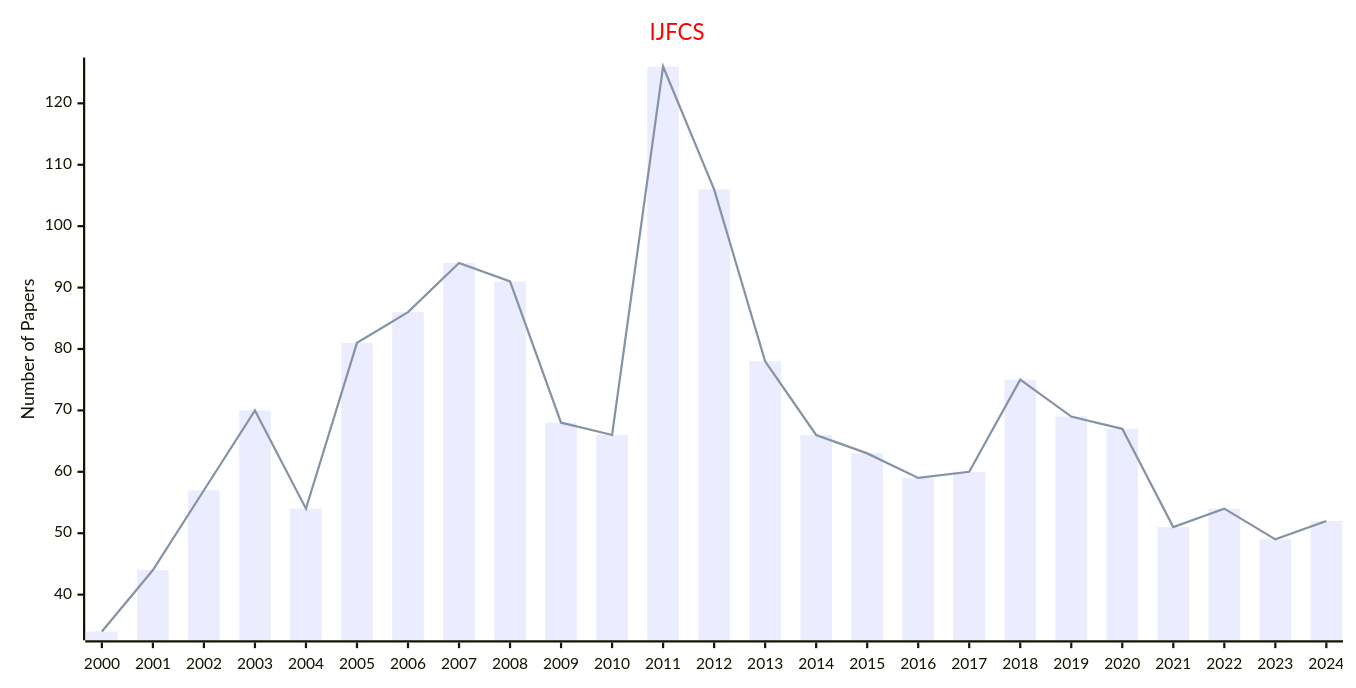
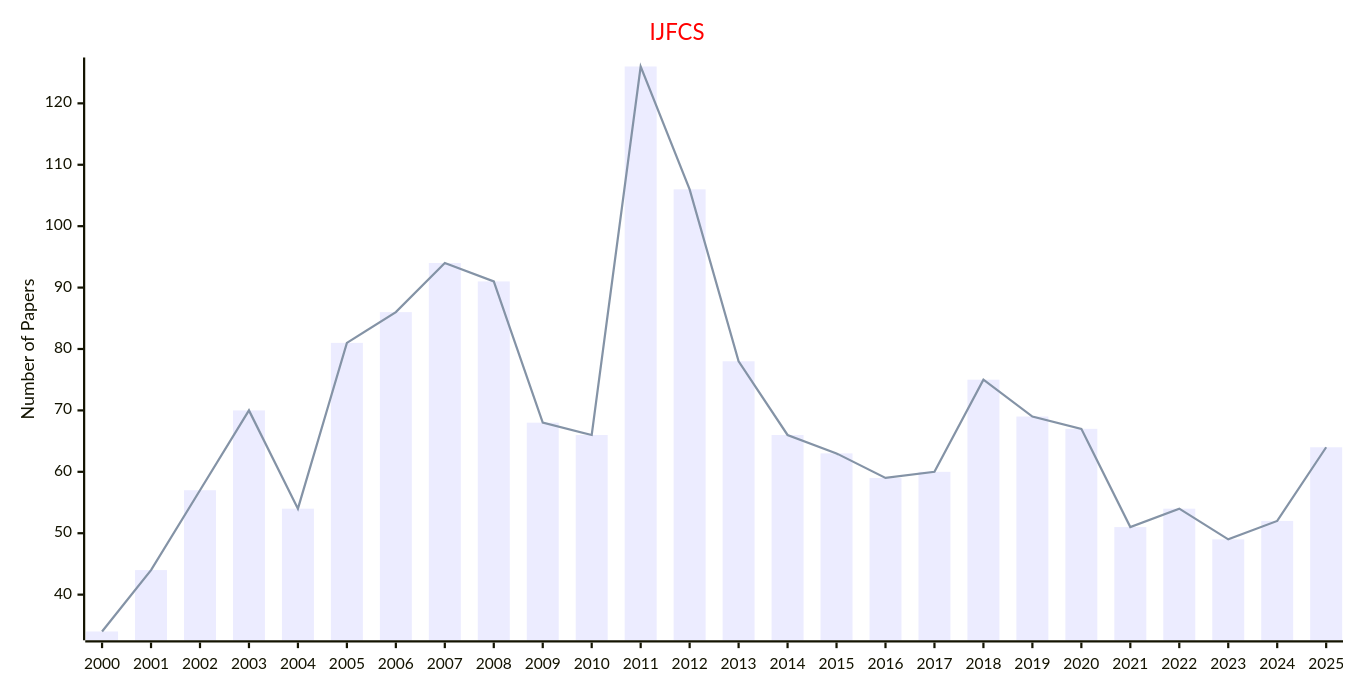
Before and after one commit to Easy-PhD/AILinks: the ninth of 9 diagrams in docs/data/Journals/Statistics_Journals/Computer_Science.md, drawn with Mermaid. The commit also changed other lines of this file and 93 other files, not shown here.

````diff
--- a/docs/data/Journals/Statistics_Journals/Computer_Science.md
+++ b/docs/data/Journals/Statistics_Journals/Computer_Science.md
@@ -201,17 +201,17 @@
 ```mermaid
 ---
 config:
     xyChart:
         width: 1200
         height: 600
     themeVariables:
         xyChart:
             titleColor: "#ff0000"
 ---
 xychart-beta
     title "IJFCS"
-    x-axis [2000, 2001, 2002, 2003, 2004, 2005, 2006, 2007, 2008, 2009, 2010, 2011, 2012, 2013, 2014, 2015, 2016, 2017, 2018, 2019, 2020, 2021, 2022, 2023, 2024]
+    x-axis [2000, 2001, 2002, 2003, 2004, 2005, 2006, 2007, 2008, 2009, 2010, 2011, 2012, 2013, 2014, 2015, 2016, 2017, 2018, 2019, 2020, 2021, 2022, 2023, 2024, 2025]
     y-axis "Number of Papers"
-    bar [34, 44, 57, 70, 54, 81, 86, 94, 91, 68, 66, 126, 106, 78, 66, 63, 59, 60, 75, 69, 67, 51, 54, 49, 52]
-    line [34, 44, 57, 70, 54, 81, 86, 94, 91, 68, 66, 126, 106, 78, 66, 63, 59, 60, 75, 69, 67, 51, 54, 49, 52]
+    bar [34, 44, 57, 70, 54, 81, 86, 94, 91, 68, 66, 126, 106, 78, 66, 63, 59, 60, 75, 69, 67, 51, 54, 49, 52, 64]
+    line [34, 44, 57, 70, 54, 81, 86, 94, 91, 68, 66, 126, 106, 78, 66, 63, 59, 60, 75, 69, 67, 51, 54, 49, 52, 64]
 ```
````
